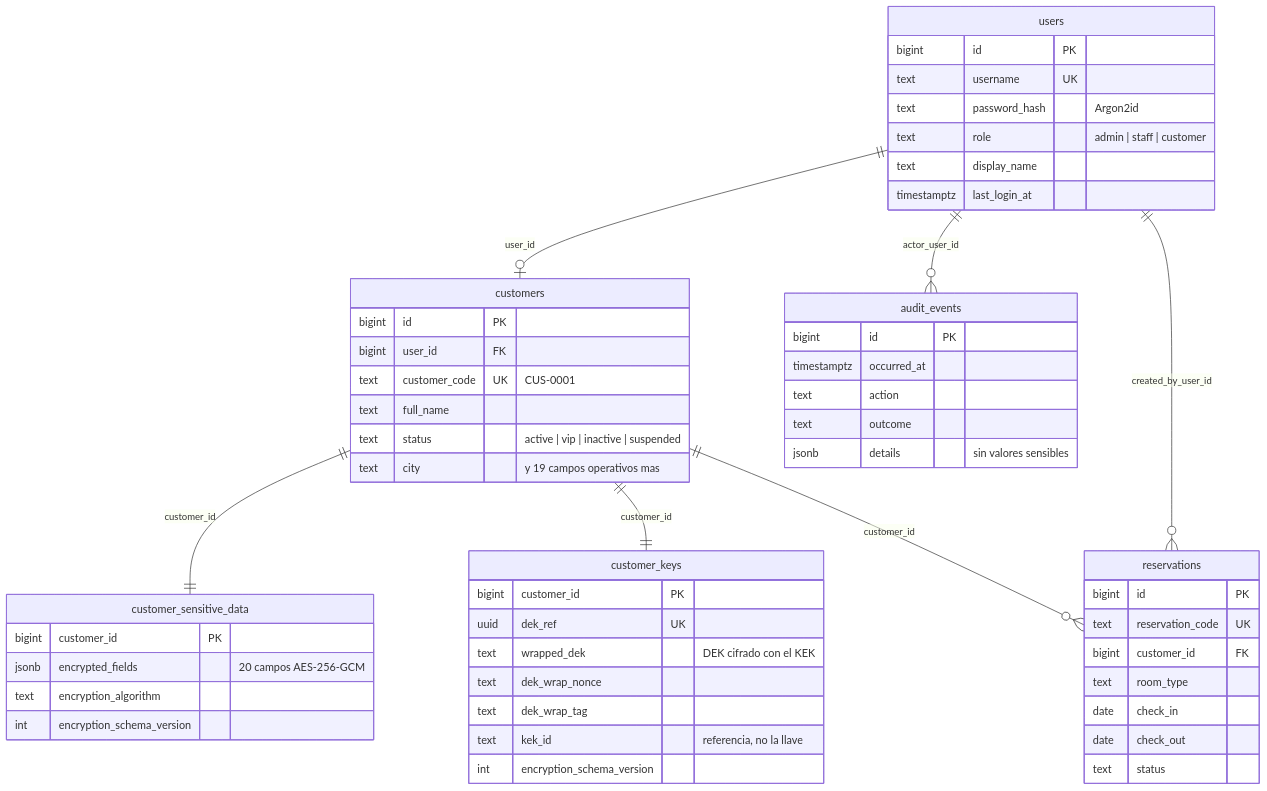
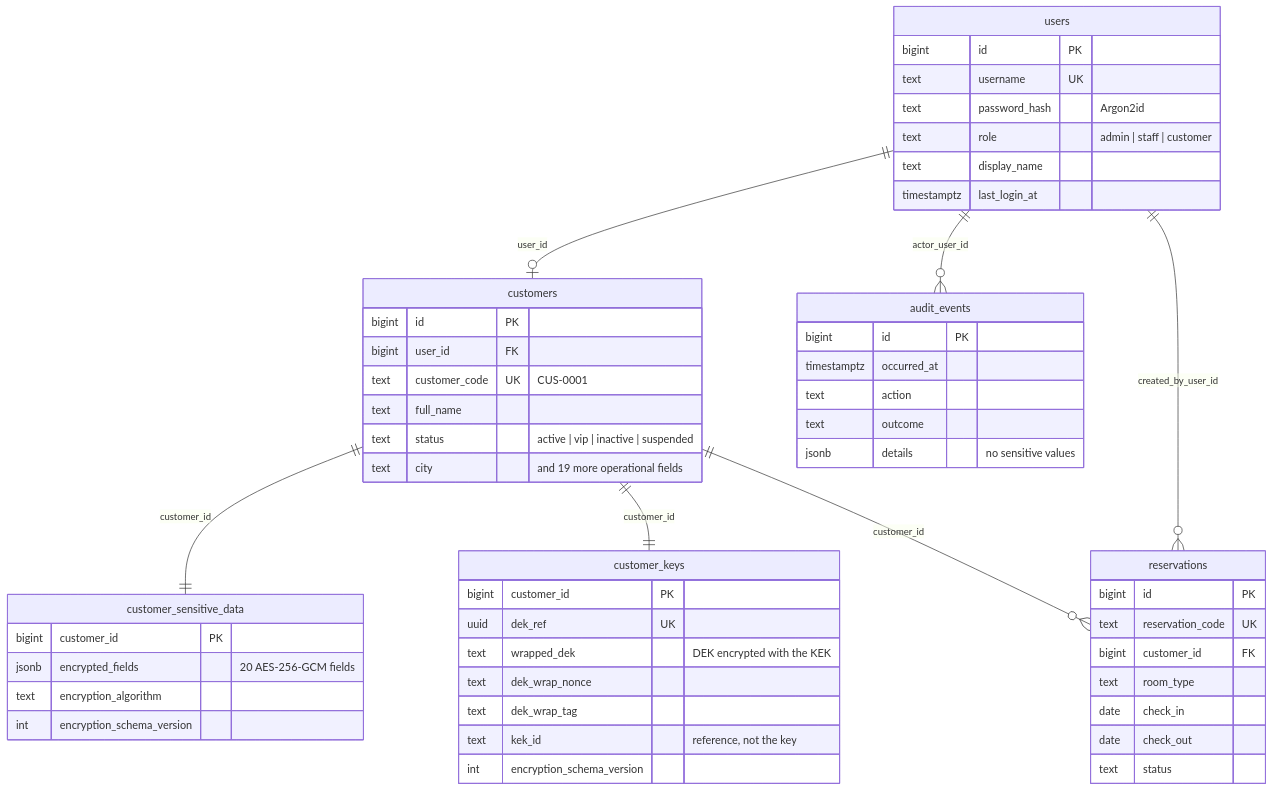
One commit to lccjavo/cetys-unit4-disaster-recovery-lab changed the third of 4 diagrams in README.md. Above: the diagram before and after it, drawn with Mermaid. The commit also changed other lines of this file and 95 other files, not shown here.

````diff
--- a/README.md
+++ b/README.md
@@ -652,57 +652,57 @@
 ```mermaid
 erDiagram
   users ||--o| customers : "user_id"
   customers ||--|| customer_sensitive_data : "customer_id"
   customers ||--|| customer_keys : "customer_id"
   customers ||--o{ reservations : "customer_id"
   users ||--o{ audit_events : "actor_user_id"
   users ||--o{ reservations : "created_by_user_id"
 
   users {
     bigint id PK
     text username UK
     text password_hash "Argon2id"
     text role "admin | staff | customer"
     text display_name
     timestamptz last_login_at
   }
   customers {
     bigint id PK
     bigint user_id FK
     text customer_code UK "CUS-0001"
     text full_name
     text status "active | vip | inactive | suspended"
-    text city "y 19 campos operativos mas"
+    text city "and 19 more operational fields"
   }
   customer_sensitive_data {
     bigint customer_id PK
-    jsonb encrypted_fields "20 campos AES-256-GCM"
+    jsonb encrypted_fields "20 AES-256-GCM fields"
     text encryption_algorithm
     int encryption_schema_version
   }
   customer_keys {
     bigint customer_id PK
     uuid dek_ref UK
-    text wrapped_dek "DEK cifrado con el KEK"
+    text wrapped_dek "DEK encrypted with the KEK"
     text dek_wrap_nonce
     text dek_wrap_tag
-    text kek_id "referencia, no la llave"
+    text kek_id "reference, not the key"
     int encryption_schema_version
   }
   reservations {
     bigint id PK
     text reservation_code UK
     bigint customer_id FK
     text room_type
     date check_in
     date check_out
     text status
   }
   audit_events {
     bigint id PK
     timestamptz occurred_at
     text action
     text outcome
-    jsonb details "sin valores sensibles"
+    jsonb details "no sensitive values"
   }
 ```
````
